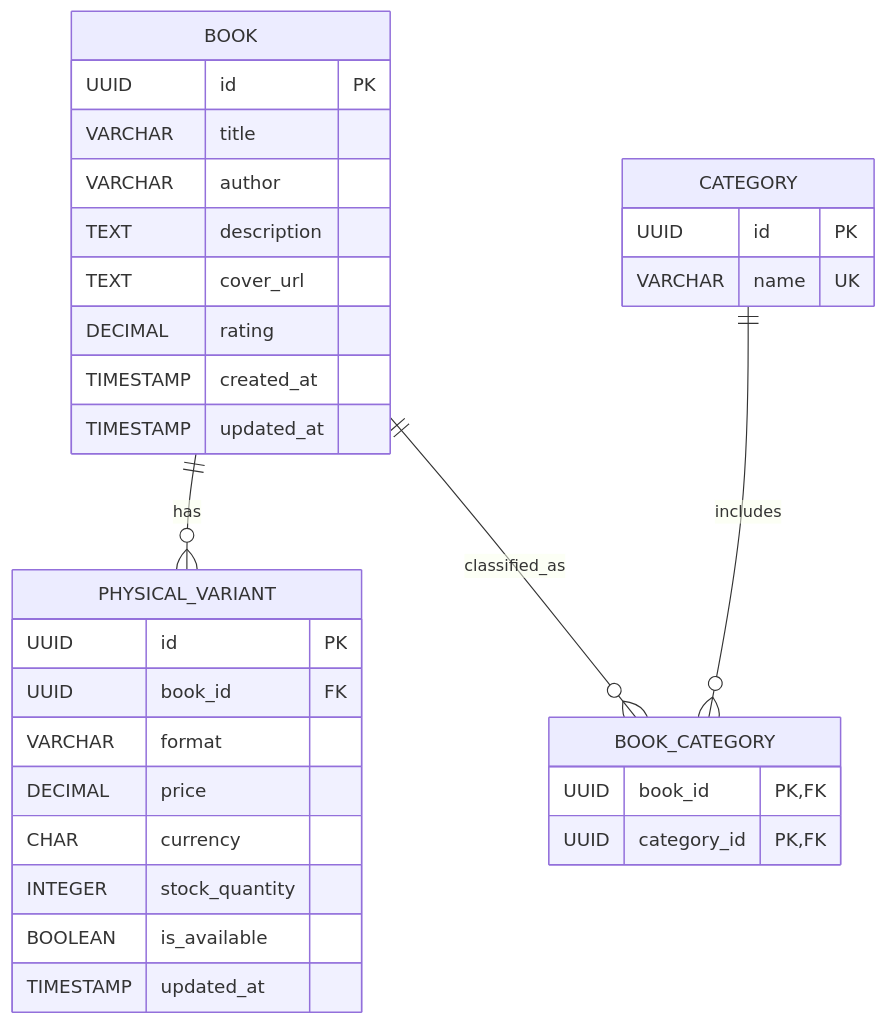
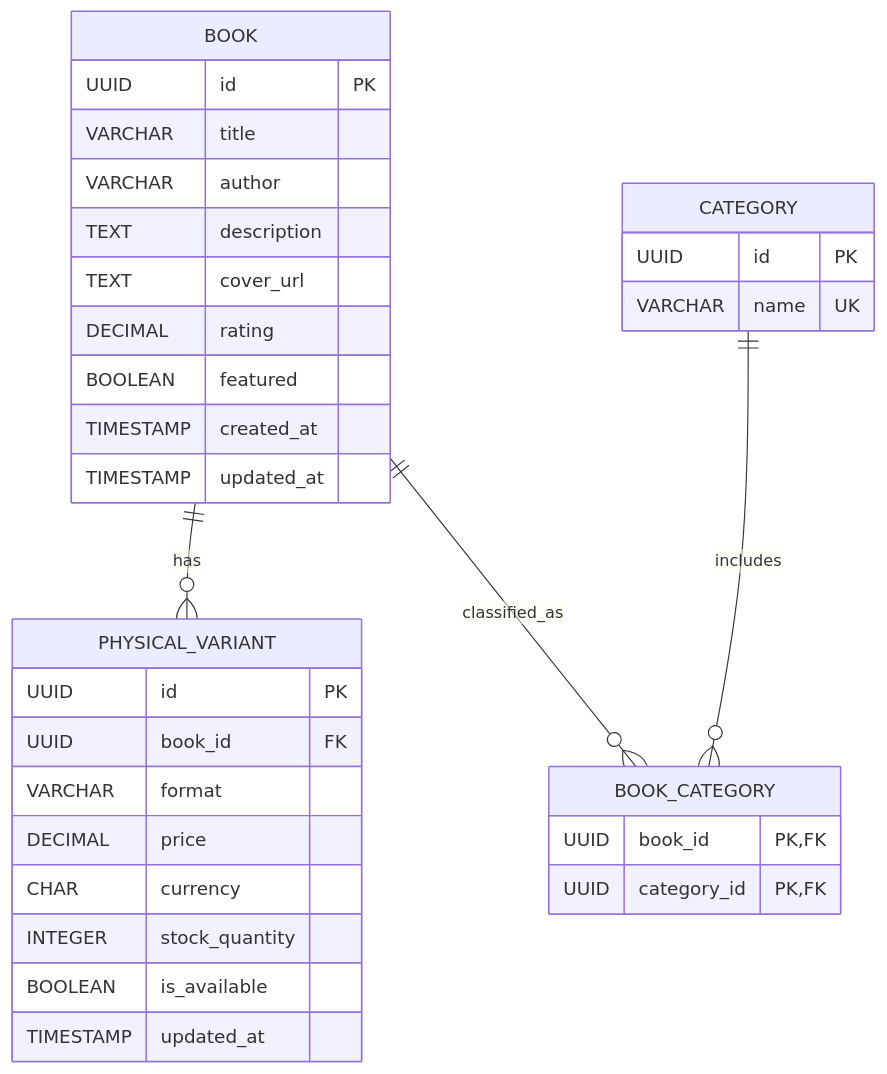
The diagram in docs/features/catalog/catalog-database-architecture.md (jisnasree/BookBloom), drawn with Mermaid before and after one commit. The commit also changed other lines of this file and 15 other files, not shown here.

Commit message:
Remove outdated Figma links and add new links for account, authentication, cart, catalog, and order features; update catalog API design, database architecture, OpenAPI, and requirements to include featured book filtering.

````diff
--- a/docs/features/catalog/catalog-database-architecture.md
+++ b/docs/features/catalog/catalog-database-architecture.md
@@ -63,38 +64,39 @@
 ```mermaid
 erDiagram
     BOOK ||--o{ PHYSICAL_VARIANT : has
     BOOK ||--o{ BOOK_CATEGORY : classified_as
     CATEGORY ||--o{ BOOK_CATEGORY : includes
 
     BOOK {
         UUID id PK
         VARCHAR title
         VARCHAR author
         TEXT description
         TEXT cover_url
         DECIMAL rating
+        BOOLEAN featured
         TIMESTAMP created_at
         TIMESTAMP updated_at
     }
 
     CATEGORY {
         UUID id PK
         VARCHAR name UK
     }
 
     BOOK_CATEGORY {
         UUID book_id PK, FK
         UUID category_id PK, FK
     }
 
     PHYSICAL_VARIANT {
         UUID id PK
         UUID book_id FK
         VARCHAR format
         DECIMAL price
         CHAR currency
         INTEGER stock_quantity
         BOOLEAN is_available
         TIMESTAMP updated_at
     }
 ```
````
